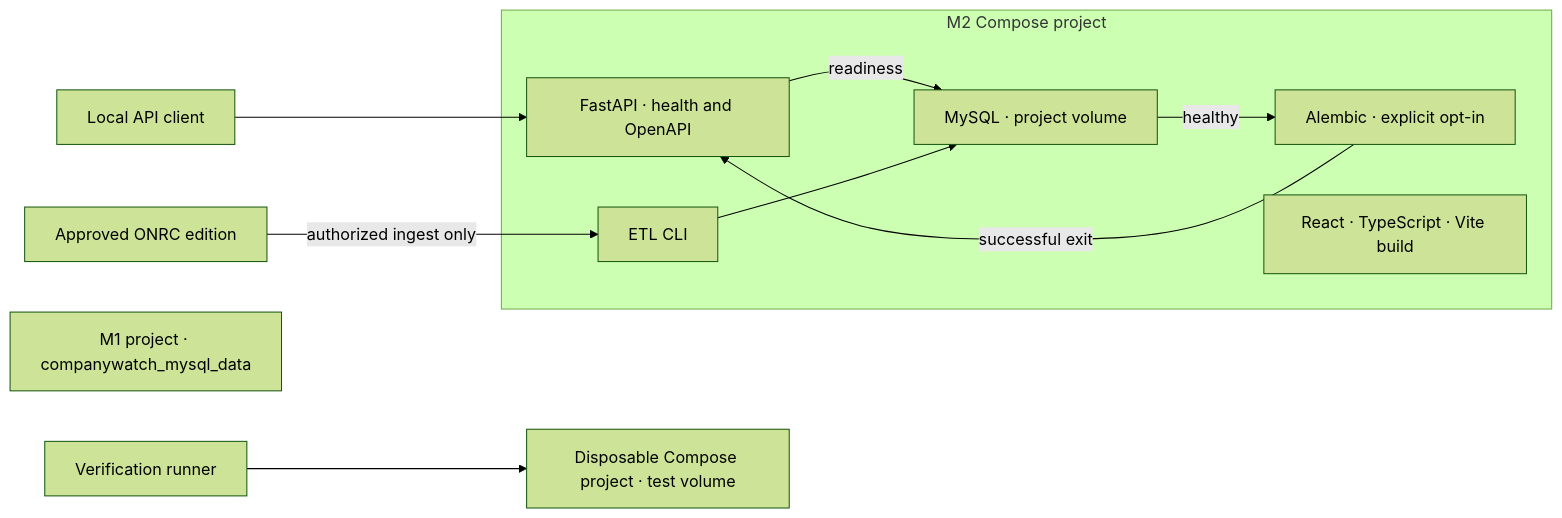
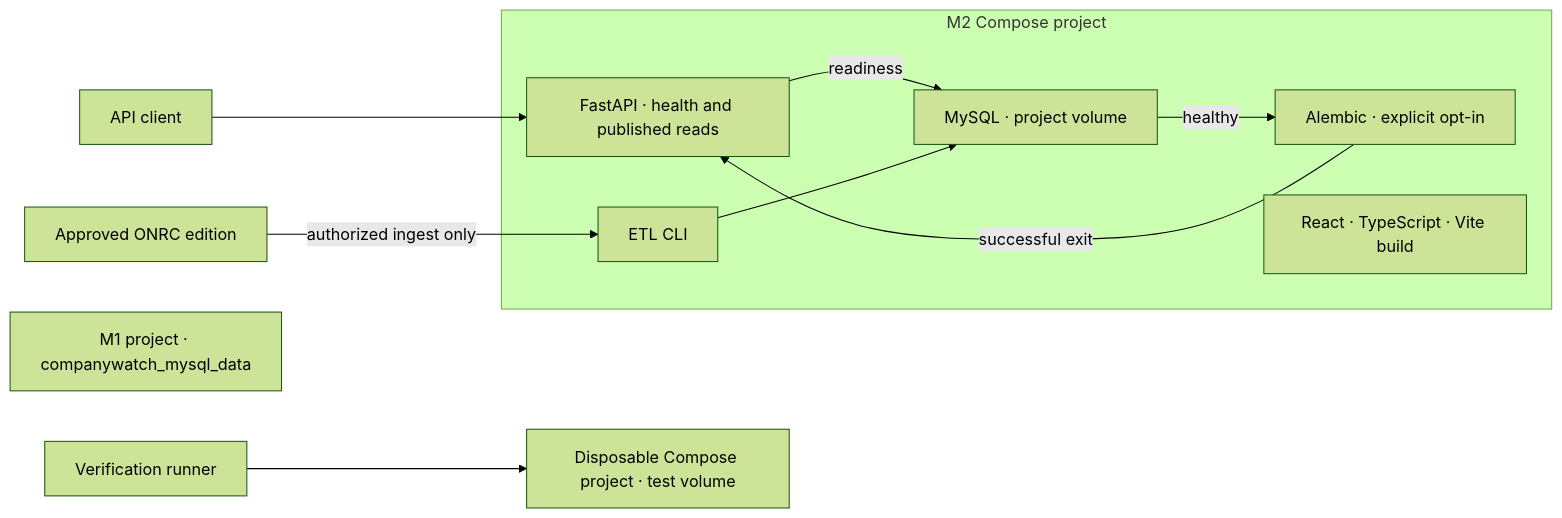
Before and after one commit to Fleseriu-Stefan/p28-companywatch: the first of 2 diagrams in docs/agents/ARCHITECTURE.md, drawn with Mermaid (forest theme). The commit also changed other lines of this file and 16 other files, not shown here.

Commit message:
feat(api): serve published ONRC snapshots to visitors

````diff
--- a/docs/agents/ARCHITECTURE.md
+++ b/docs/agents/ARCHITECTURE.md
@@ -33,14 +34,14 @@
 ```mermaid
 flowchart LR
-    Client["Local API client"] --> API["FastAPI · health and OpenAPI"]
+    Client["API client"] --> API["FastAPI · health and published reads"]
     subgraph Compose["M2 Compose project"]
         API -->|"readiness"| DB["MySQL · project volume"]
         DB -->|"healthy"| Migrate["Alembic · explicit opt-in"]
         Migrate -->|"successful exit"| API
         ETL["ETL CLI"] --> DB
         Frontend["React · TypeScript · Vite build"]
     end
     Source["Approved ONRC edition"] -->|"authorized ingest only"| ETL
     Legacy["M1 project · companywatch_mysql_data"]
     Checks["Verification runner"] --> Isolated["Disposable Compose project · test volume"]
 ```
````
